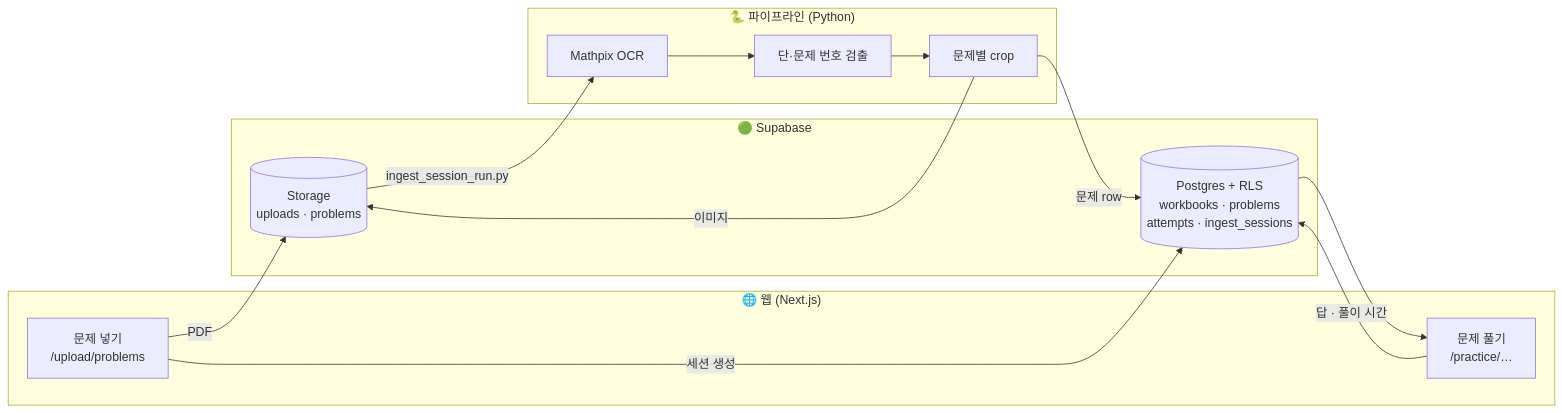
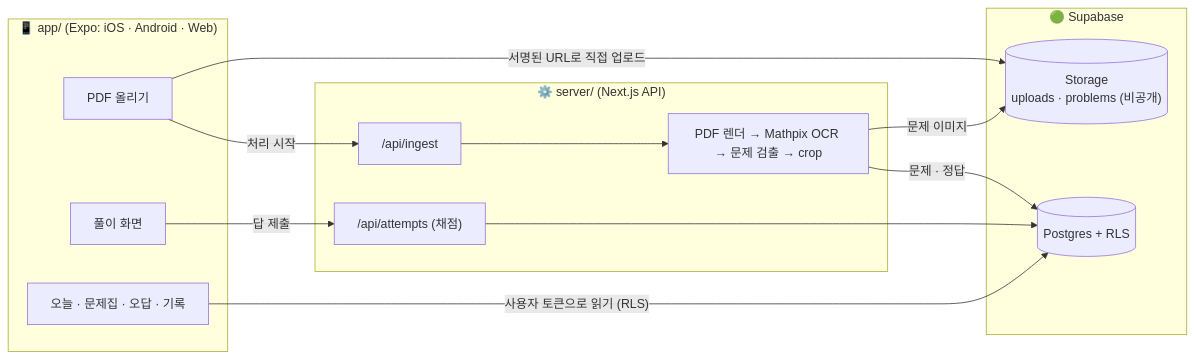
The diagram in README.md (qminlab/mathhacker), drawn with Mermaid before and after one commit. The commit also changed other lines of this file and 1 other file, not shown here.

First line of the commit message:
README: 앱·서버 구조, 시작하기, 스토어 출시 절차, 미리보기 이미지

````diff
--- a/README.md
+++ b/README.md
@@ -36,24 +43,26 @@
 ```mermaid
 flowchart LR
-    subgraph Web["🌐 웹 (Next.js)"]
-        U["문제 넣기<br/>/upload/problems"]
-        P["문제 풀기<br/>/practice/…"]
+    subgraph App["📱 app/ (Expo: iOS · Android · Web)"]
+        U["PDF 올리기"]
+        P["풀이 화면"]
+        R["오늘 · 문제집 · 오답 · 기록"]
     end
 
     subgraph SB["🟢 Supabase"]
-        ST[("Storage<br/>uploads · problems")]
-        DB[("Postgres + RLS<br/>workbooks · problems<br/>attempts · ingest_sessions")]
+        ST[("Storage<br/>uploads · problems (비공개)")]
+        DB[("Postgres + RLS")]
     end
 
-    subgraph PY["🐍 파이프라인 (Python)"]
-        O["Mathpix OCR"] --> X["단·문제 번호 검출"] --> C["문제별 crop"]
+    subgraph SV["⚙️ server/ (Next.js API)"]
+        I["/api/ingest"]
+        G["/api/attempts (채점)"]
+        E["PDF 렌더 → Mathpix OCR → 문제 검출 → crop"]
     end
 
-    U -- "PDF" --> ST
-    U -- "세션 생성" --> DB
-    ST -- "ingest_session_run.py" --> O
-    C -- "이미지" --> ST
-    C -- "문제 row" --> DB
-    DB --> P
-    P -- "답 · 풀이 시간" --> DB
+    U -- "서명된 URL로 직접 업로드" --> ST
+    U -- "처리 시작" --> I --> E
+    E -- "문제 이미지" --> ST
+    E -- "문제 · 정답" --> DB
+    R -- "사용자 토큰으로 읽기 (RLS)" --> DB
+    P -- "답 제출" --> G --> DB
 ```
````
